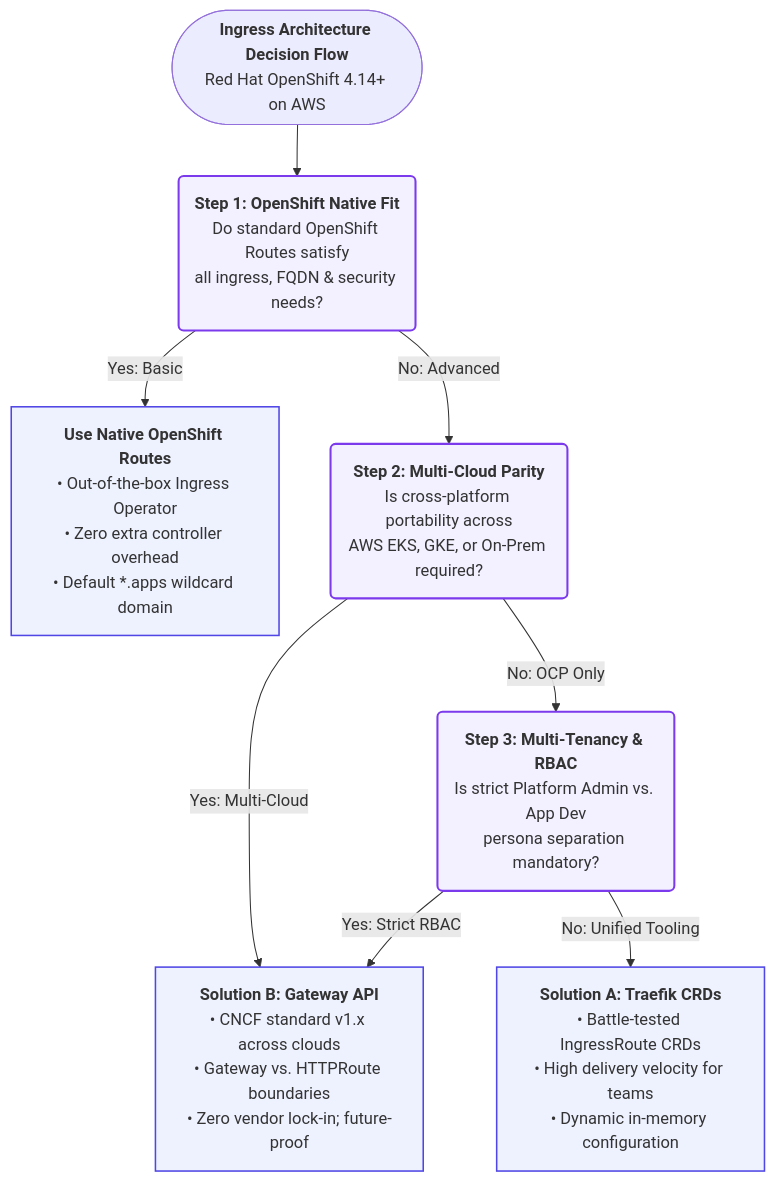
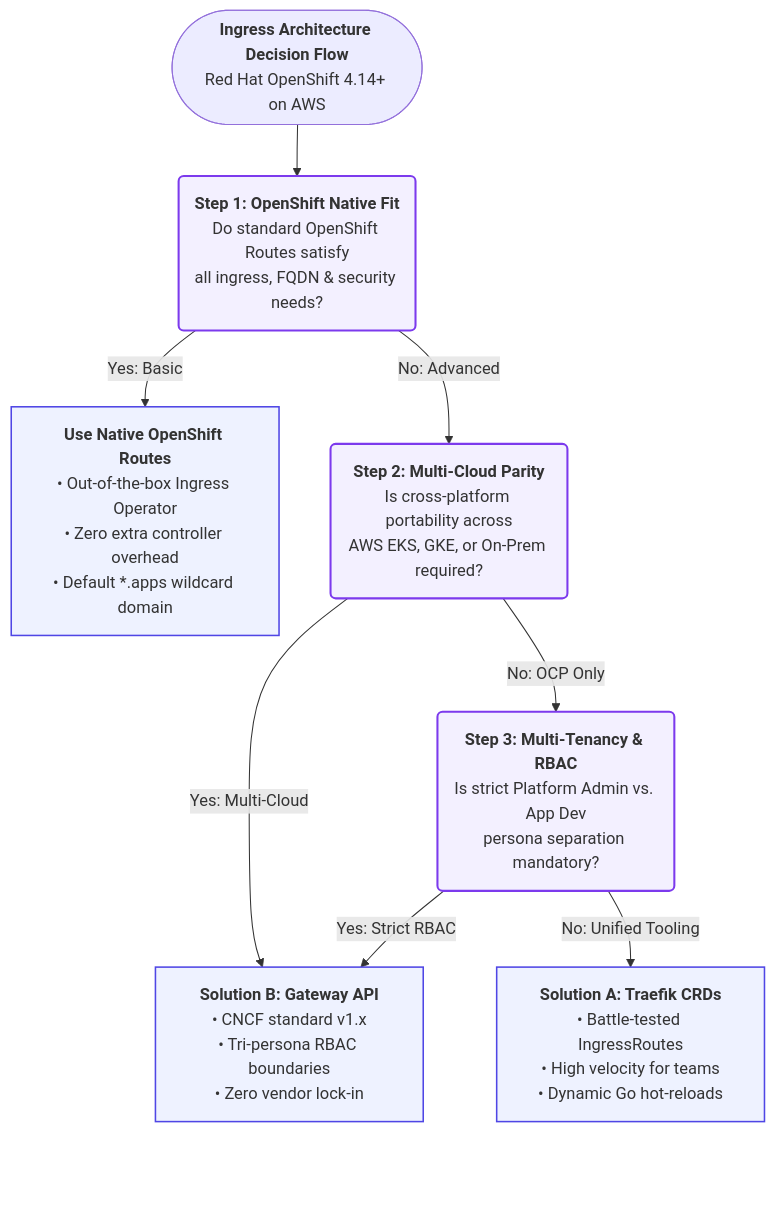
The first of 2 diagrams in COMPARATIVE_MATRIX.md (nubenetes/traefik-fqdn-management-poc-openshift-aws), drawn with Mermaid before and after one commit.

Commit message:
fix(mermaid): add bottom buffer and concise text to prevent GitHub floating zoom widget collision

````diff
--- a/COMPARATIVE_MATRIX.md
+++ b/COMPARATIVE_MATRIX.md
@@ -40,31 +40,36 @@
 ```mermaid
 flowchart TD
     Start(["<b>Ingress Architecture Decision Flow</b><br/>Red Hat OpenShift 4.14+ on AWS"])
 
     D1("<b>Step 1: OpenShift Native Fit</b><br/>Do standard OpenShift Routes satisfy<br/>all ingress, FQDN & security needs?")
 
     NativeRoute["<b>Use Native OpenShift Routes</b><br/>• Out-of-the-box Ingress Operator<br/>• Zero extra controller overhead<br/>• Default *.apps wildcard domain"]
 
     D2("<b>Step 2: Multi-Cloud Parity</b><br/>Is cross-platform portability across<br/>AWS EKS, GKE, or On-Prem required?")
 
     D3("<b>Step 3: Multi-Tenancy & RBAC</b><br/>Is strict Platform Admin vs. App Dev<br/>persona separation mandatory?")
 
-    SolB["<b>Solution B: Gateway API</b><br/>• CNCF standard v1.x across clouds<br/>• Gateway vs. HTTPRoute boundaries<br/>• Zero vendor lock-in; future-proof"]
+    SolB["<b>Solution B: Gateway API</b><br/>• CNCF standard v1.x<br/>• Tri-persona RBAC boundaries<br/>• Zero vendor lock-in"]
 
-    SolA["<b>Solution A: Traefik CRDs</b><br/>• Battle-tested IngressRoute CRDs<br/>• High delivery velocity for teams<br/>• Dynamic in-memory configuration"]
+    SolA["<b>Solution A: Traefik CRDs</b><br/>• Battle-tested IngressRoutes<br/>• High velocity for teams<br/>• Dynamic Go hot-reloads"]
 
     Start --> D1
     D1 -->|"Yes: Basic"| NativeRoute
     D1 -->|"No: Advanced"| D2
 
     D2 -->|"Yes: Multi-Cloud"| SolB
     D2 -->|"No: OCP Only"| D3
 
     D3 -->|"Yes: Strict RBAC"| SolB
     D3 -->|"No: Unified Tooling"| SolA
 
+    SolB ~~~ PadB[" "]
+    SolA ~~~ PadA[" "]
+
     classDef decision fill:#f3f0ff,stroke:#7c3aed,stroke-width:2px;
     classDef outcome fill:#eef2ff,stroke:#4f46e5,stroke-width:1.5px;
     class D1,D2,D3 decision;
     class NativeRoute,SolA,SolB outcome;
+    style PadA fill:none,stroke:none;
+    style PadB fill:none,stroke:none;
 ```
````
